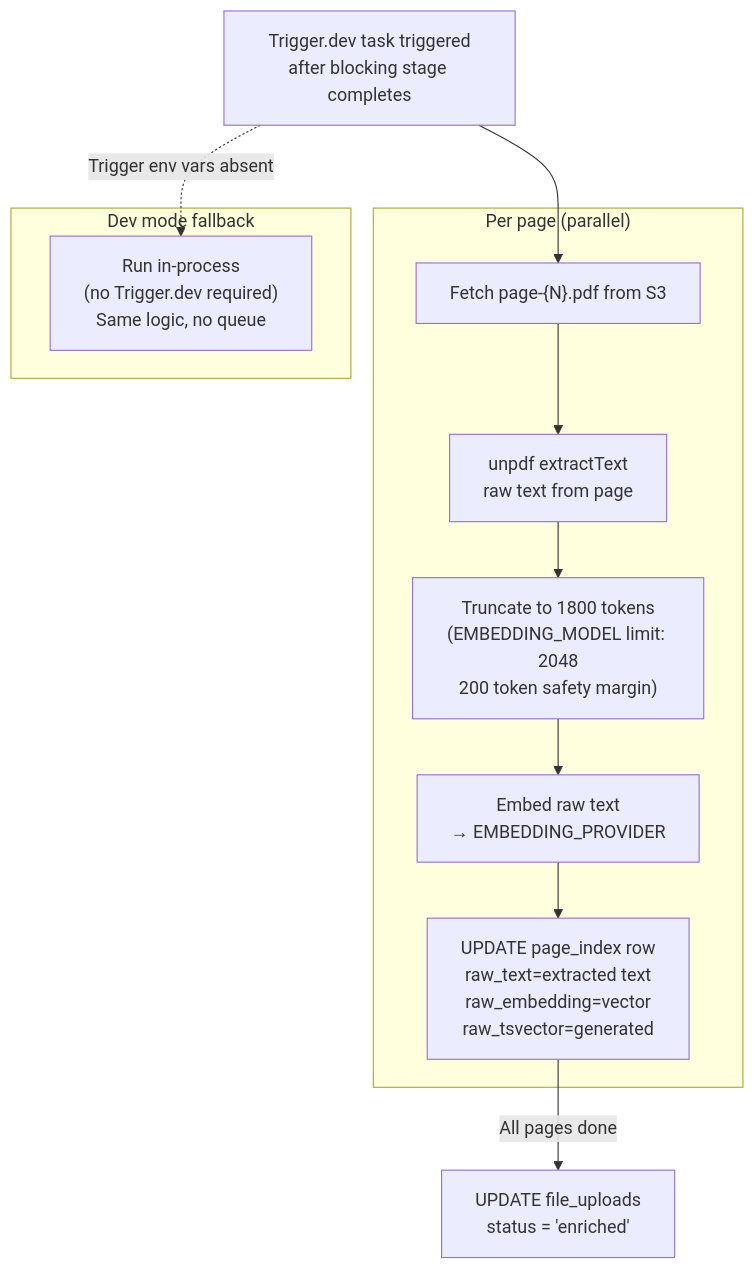
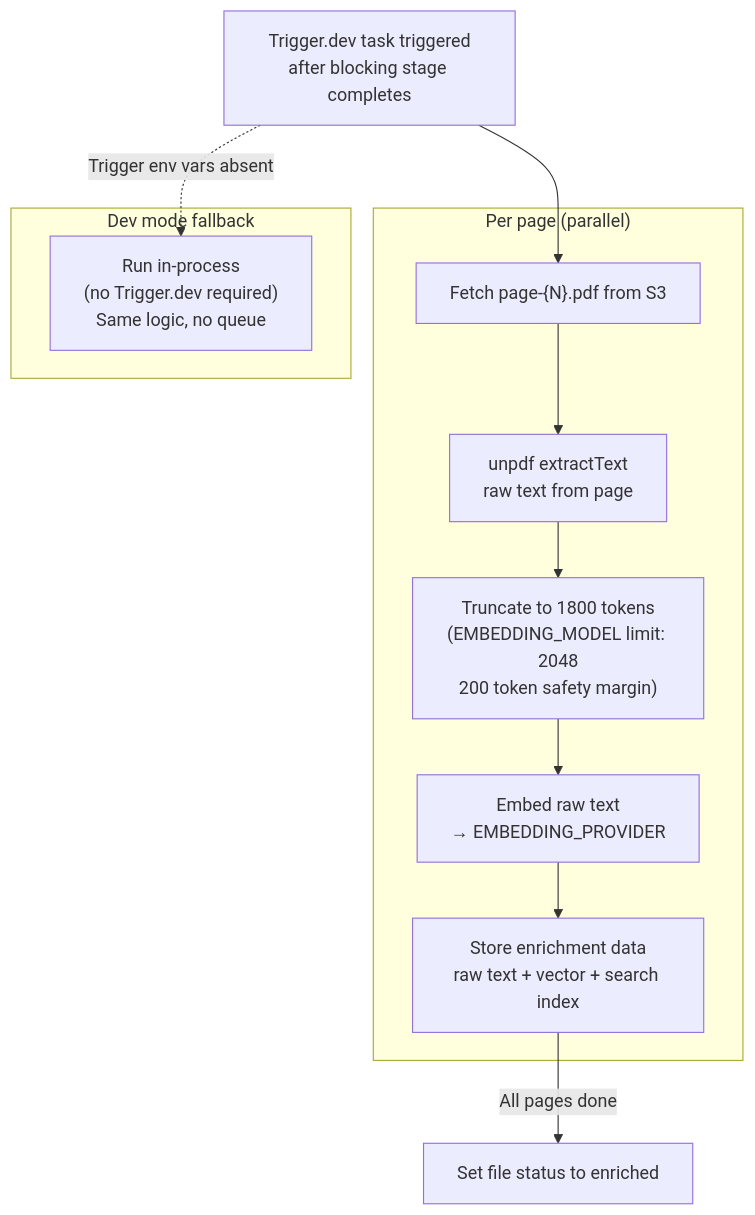
The fifth of 11 diagrams in plan/08-documents.md (1qh/safeagent), drawn with Mermaid before and after one commit. The commit also changed other lines of this file and 8 other files, not shown here.

Commit message:
fix remaining SQL in Mermaid, function signatures, version references across plan files

````diff
--- a/plan/08-documents.md
+++ b/plan/08-documents.md
@@ -318,23 +318,23 @@
 ```mermaid
 flowchart TD
     TRIGGER["Trigger.dev task triggered\nafter blocking stage completes"]
 
     subgraph PER_PAGE["Per page (parallel)"]
         FETCH_PAGE["Fetch page-{N}.pdf from S3"]
         UNPDF_EXTRACT["unpdf extractText\nraw text from page"]
         TRUNCATE["Truncate to 1800 tokens\n(EMBEDDING_MODEL limit: 2048\n200 token safety margin)"]
         EMBED_RAW["Embed raw text\n→ EMBEDDING_PROVIDER"]
-        INSERT_RAW["UPDATE page_index row\nraw_text=extracted text\nraw_embedding=vector\nraw_tsvector=generated"]
+        INSERT_RAW["Store enrichment data\nraw text + vector + search index"]
     end
 
-    STATUS_ENRICHED["UPDATE file_uploads\nstatus = 'enriched'"]
+    STATUS_ENRICHED["Set file status to enriched"]
 
     subgraph DEV_MODE["Dev mode fallback"]
         IN_PROCESS["Run in-process\n(no Trigger.dev required)\nSame logic, no queue"]
     end
 
     TRIGGER --> FETCH_PAGE --> UNPDF_EXTRACT --> TRUNCATE --> EMBED_RAW --> INSERT_RAW
     INSERT_RAW -->|"All pages done"| STATUS_ENRICHED
 
     TRIGGER -.->|"Trigger env vars absent"| IN_PROCESS
 ```
````
